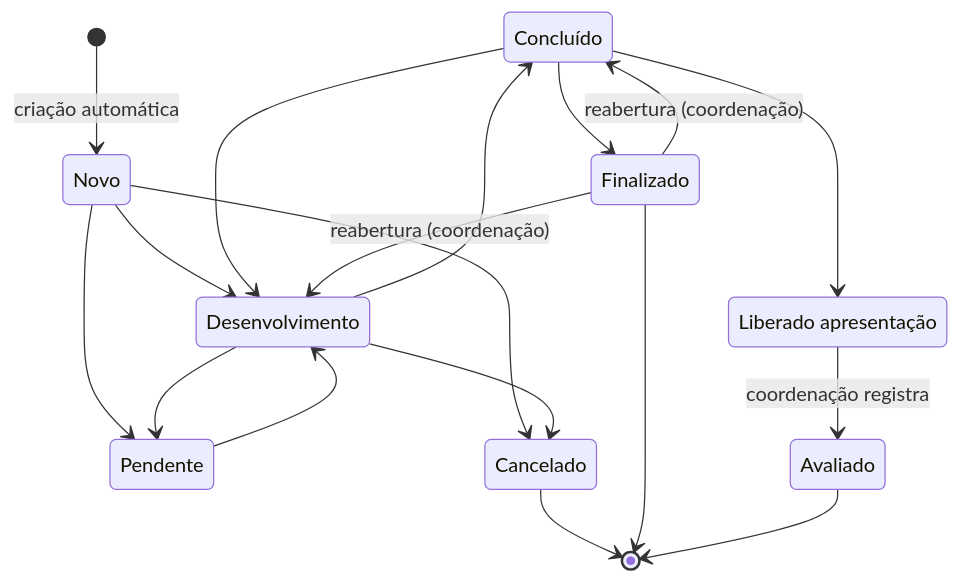
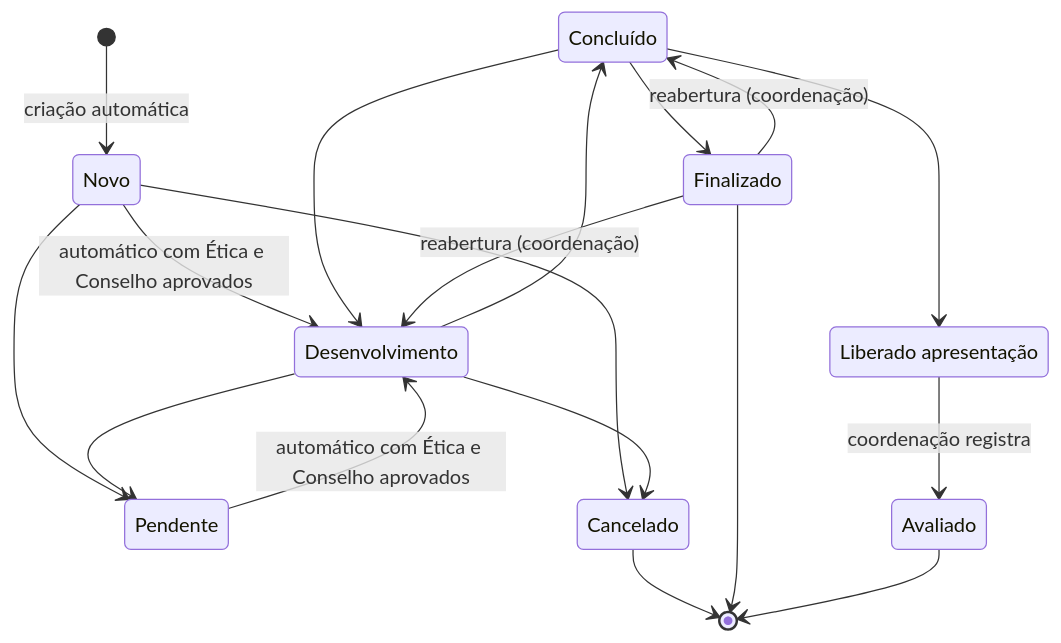
Before and after one commit to HevertonMarques/desweb_rep: the diagram in documentos/estados/diagrama-estados.mmd, drawn with Mermaid. The commit also changed 26 other files, not shown here.

```diff
--- a/documentos/estados/diagrama-estados.mmd
+++ b/documentos/estados/diagrama-estados.mmd
@@ -1,21 +1,21 @@
 stateDiagram-v2
   direction TB
   state "Concluído" as Concluido
   state "Liberado apresentação" as Liberado
   [*] --> Novo : criação automática
   Novo --> Pendente
-  Novo --> Desenvolvimento
+  Novo --> Desenvolvimento : automático com Ética e Conselho aprovados
   Novo --> Cancelado
-  Pendente --> Desenvolvimento
+  Pendente --> Desenvolvimento : automático com Ética e Conselho aprovados
   Desenvolvimento --> Pendente
   Desenvolvimento --> Cancelado
   Desenvolvimento --> Concluido
   Concluido --> Desenvolvimento
   Concluido --> Finalizado
   Concluido --> Liberado
   Liberado --> Avaliado : coordenação registra
   Cancelado --> [*]
   Finalizado --> Concluido : reabertura (coordenação)
   Finalizado --> Desenvolvimento : reabertura (coordenação)
   Finalizado --> [*]
   Avaliado --> [*]
```
